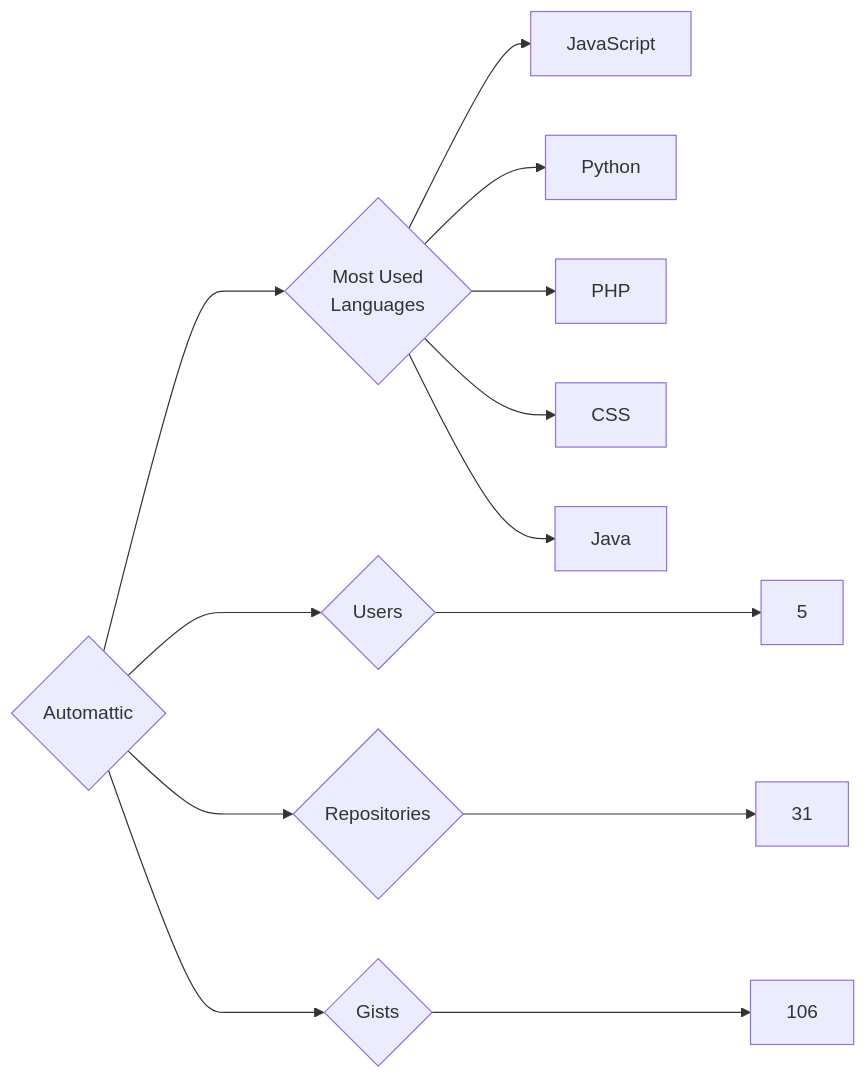
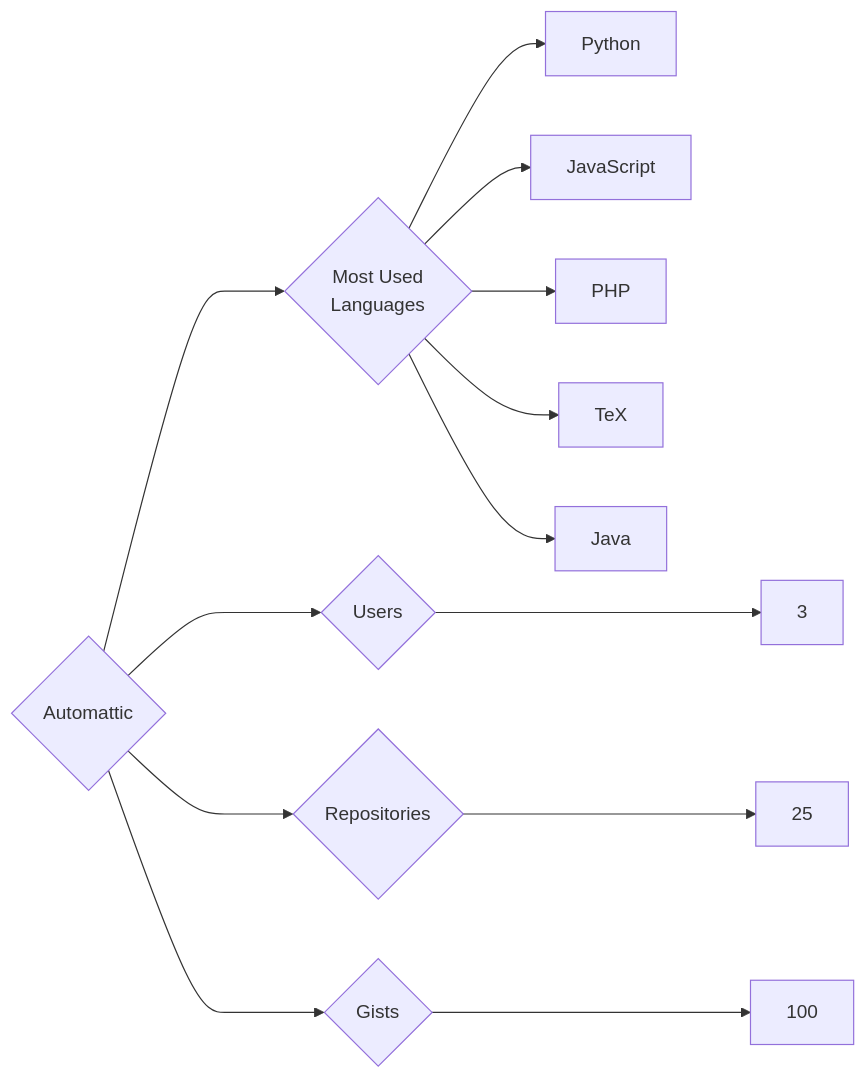
Before and after one commit to trickest/insiders: the diagram in targets/Automattic/README.md, drawn with Mermaid. The commit also changed 1170 other files, not shown here.

````diff
--- a/targets/Automattic/README.md
+++ b/targets/Automattic/README.md
@@ -3,13 +3,13 @@
 ```mermaid
 graph LR
 COMPANY_NAME{Automattic}
-COMPANY_NAME ---> U{Users} ---> UN[5]
-COMPANY_NAME ---> R{Repositories} ---> RN[31]
-COMPANY_NAME ---> G{Gists} ---> GN[106]
+COMPANY_NAME ---> U{Users} ---> UN[3]
+COMPANY_NAME ---> R{Repositories} ---> RN[25]
+COMPANY_NAME ---> G{Gists} ---> GN[100]
 COMPANY_NAME ---> ML{Most Used<br>Languages}
+ML --> Python[Python]
 ML --> JavaScript[JavaScript]
-ML --> Python[Python]
 ML --> PHP[PHP]
-ML --> CSS[CSS]
+ML --> TeX[TeX]
 ML --> Java[Java]
 ```
````
